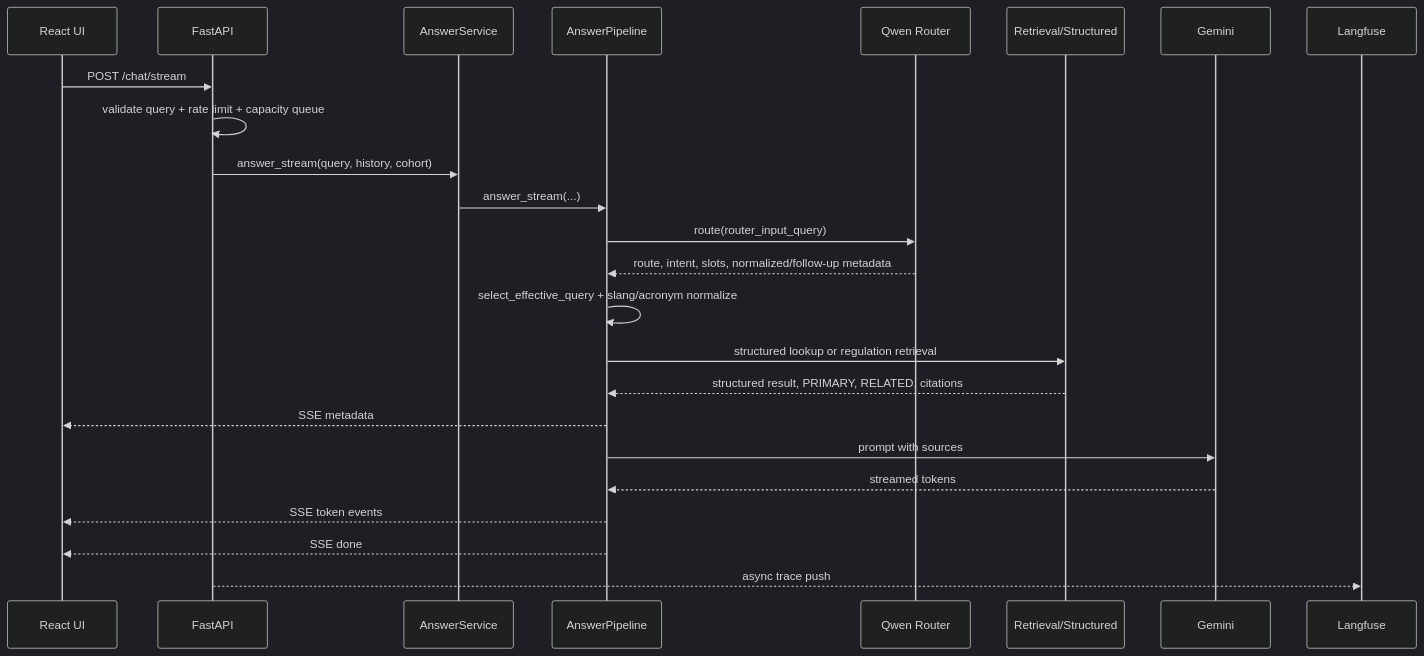
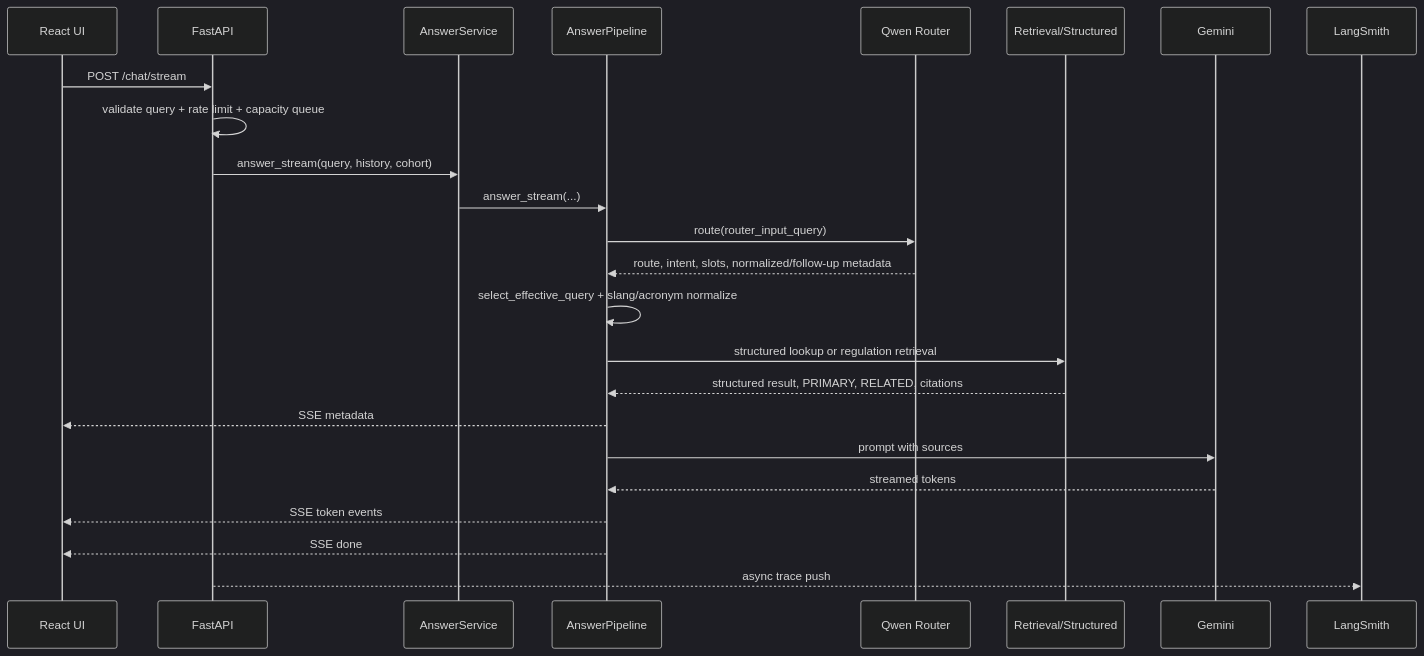
The fourth of 4 diagrams in docs/PROJECT_DEEP_DIVE.md (AnhPhiNe/student-handbook-rag-chatbot), drawn with Mermaid (dark theme) before and after one commit. The commit also changed other lines of this file and 12 other files, not shown here.

Commit message:
feat(observability): migrate observability to LangSmith, remove Langfuse, and standardize Gemini model to gemini-3.1-flash-lite

````diff
--- a/docs/PROJECT_DEEP_DIVE.md
+++ b/docs/PROJECT_DEEP_DIVE.md
@@ -1374,27 +1374,27 @@
 ```mermaid
 sequenceDiagram
     participant FE as React UI
     participant API as FastAPI
     participant AS as AnswerService
     participant AP as AnswerPipeline
     participant Q as Qwen Router
     participant R as Retrieval/Structured
     participant G as Gemini
-    participant L as Langfuse
+    participant L as LangSmith
 
     FE->>API: POST /chat/stream
     API->>API: validate query + rate limit + capacity queue
     API->>AS: answer_stream(query, history, cohort)
     AS->>AP: answer_stream(...)
     AP->>Q: route(router_input_query)
     Q-->>AP: route, intent, slots, normalized/follow-up metadata
     AP->>AP: select_effective_query + slang/acronym normalize
     AP->>R: structured lookup or regulation retrieval
     R-->>AP: structured result, PRIMARY, RELATED, citations
     AP-->>FE: SSE metadata
     AP->>G: prompt with sources
     G-->>AP: streamed tokens
     AP-->>FE: SSE token events
     AP-->>FE: SSE done
     API-->>L: async trace push
 ```
````
